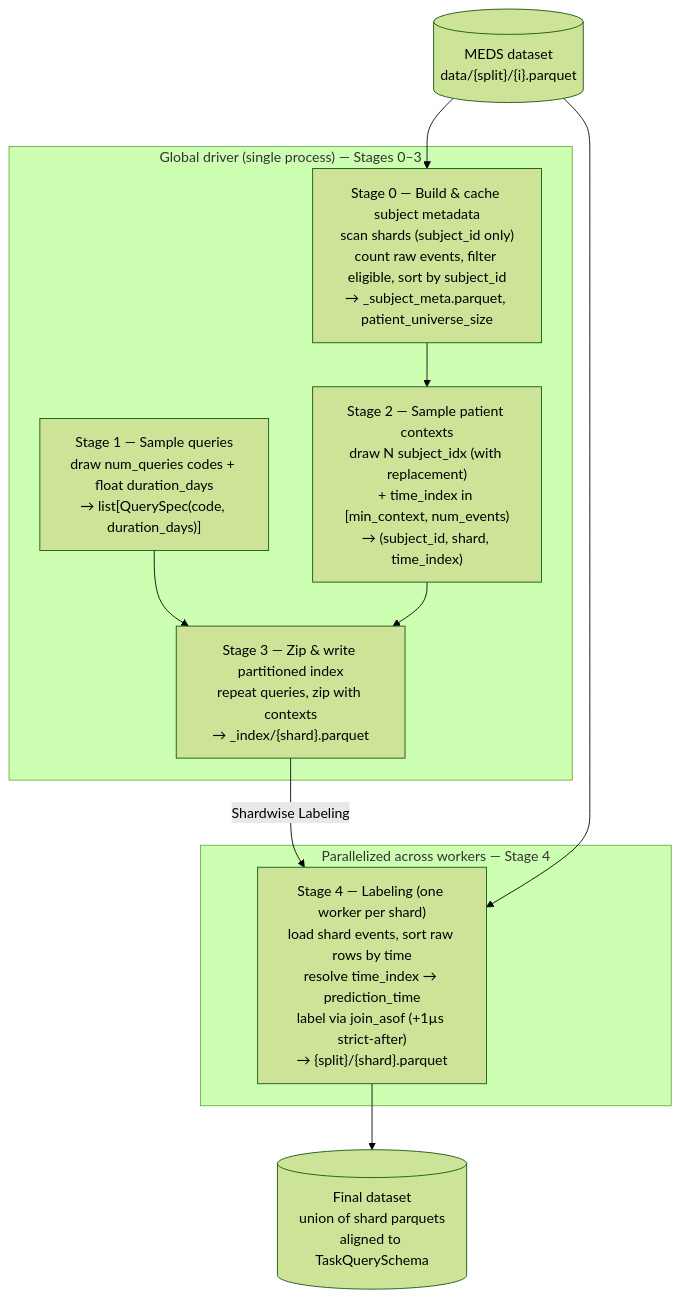
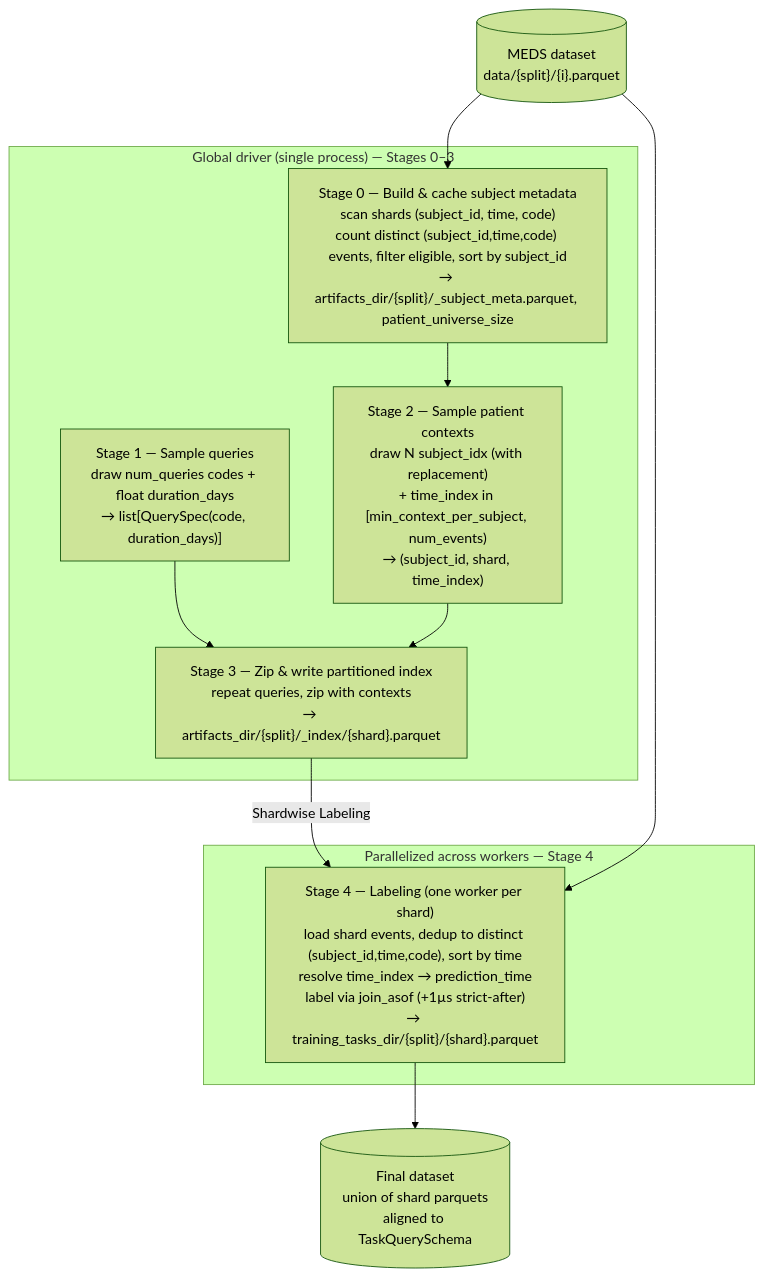
One commit to payalchandak/EveryQuery changed the diagram in src/every_query/generate_tasks/redesign-spec.md. Above: the diagram before and after it, drawn with Mermaid (forest theme). The commit also changed other lines of this file, not shown here.

````diff
--- a/src/every_query/generate_tasks/redesign-spec.md
+++ b/src/every_query/generate_tasks/redesign-spec.md
@@ -5,25 +5,25 @@
 ```mermaid
 flowchart TD
     subgraph driver["Global driver (single process) — Stages 0–3"]
-        S0["Stage 0 — Build & cache subject metadata<br/>scan shards (subject_id only)<br/>count raw events, filter eligible, sort by subject_id<br/>→ _subject_meta.parquet, patient_universe_size"]
+        S0["Stage 0 — Build & cache subject metadata<br/>scan shards (subject_id, time, code)<br/>count distinct (subject_id,time,code) events, filter eligible, sort by subject_id<br/>→ artifacts_dir/{split}/_subject_meta.parquet, patient_universe_size"]
         S1["Stage 1 — Sample queries<br/>draw num_queries codes + float duration_days<br/>→ list[QuerySpec(code, duration_days)]"]
-        S2["Stage 2 — Sample patient contexts<br/>draw N subject_idx (with replacement)<br/>+ time_index in [min_context, num_events)<br/>→ (subject_id, shard, time_index)"]
-        S3["Stage 3 — Zip & write partitioned index<br/>repeat queries, zip with contexts<br/>→ _index/{shard}.parquet"]
+        S2["Stage 2 — Sample patient contexts<br/>draw N subject_idx (with replacement)<br/>+ time_index in [min_context_per_subject, num_events)<br/>→ (subject_id, shard, time_index)"]
+        S3["Stage 3 — Zip & write partitioned index<br/>repeat queries, zip with contexts<br/>→ artifacts_dir/{split}/_index/{shard}.parquet"]
         S0 --> S2
         S1 --> S3
         S2 --> S3
     end
 
     S3 -- "Shardwise Labeling" --> S4
 
     subgraph workers["Parallelized across workers — Stage 4"]
-        S4["Stage 4 — Labeling (one worker per shard)<br/>load shard events, sort raw rows by time<br/>resolve time_index → prediction_time<br/>label via join_asof (+1µs strict-after)<br/>→ {split}/{shard}.parquet"]
+        S4["Stage 4 — Labeling (one worker per shard)<br/>load shard events, dedup to distinct (subject_id,time,code), sort by time<br/>resolve time_index → prediction_time<br/>label via join_asof (+1µs strict-after)<br/>→ training_tasks_dir/{split}/{shard}.parquet"]
     end
 
     meds[("MEDS dataset<br/>data/{split}/{i}.parquet")]
     out[("Final dataset<br/>union of shard parquets<br/>aligned to TaskQuerySchema")]
 
     meds --> S0
     meds --> S4
     S4 --> out
 ```
````
